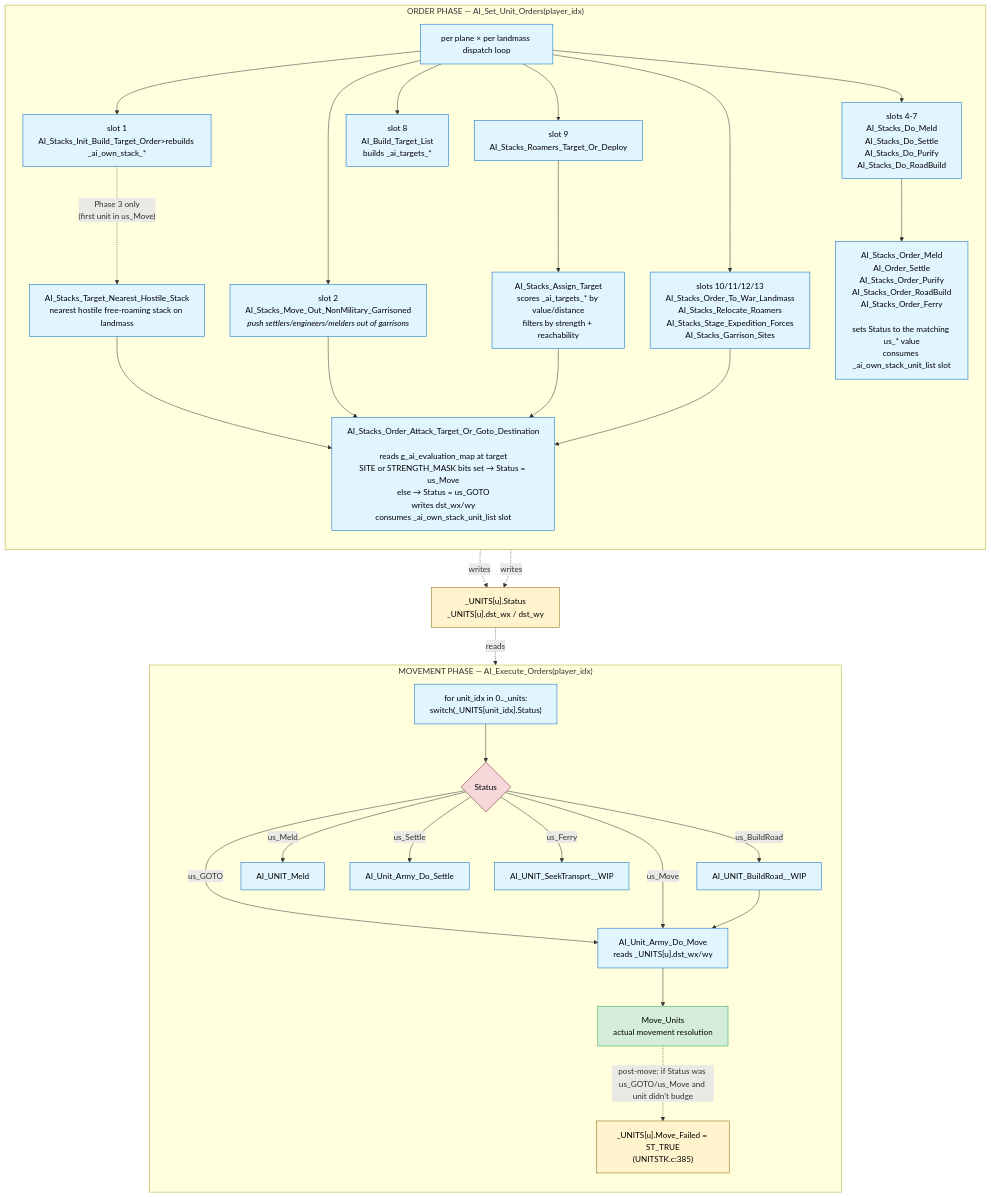
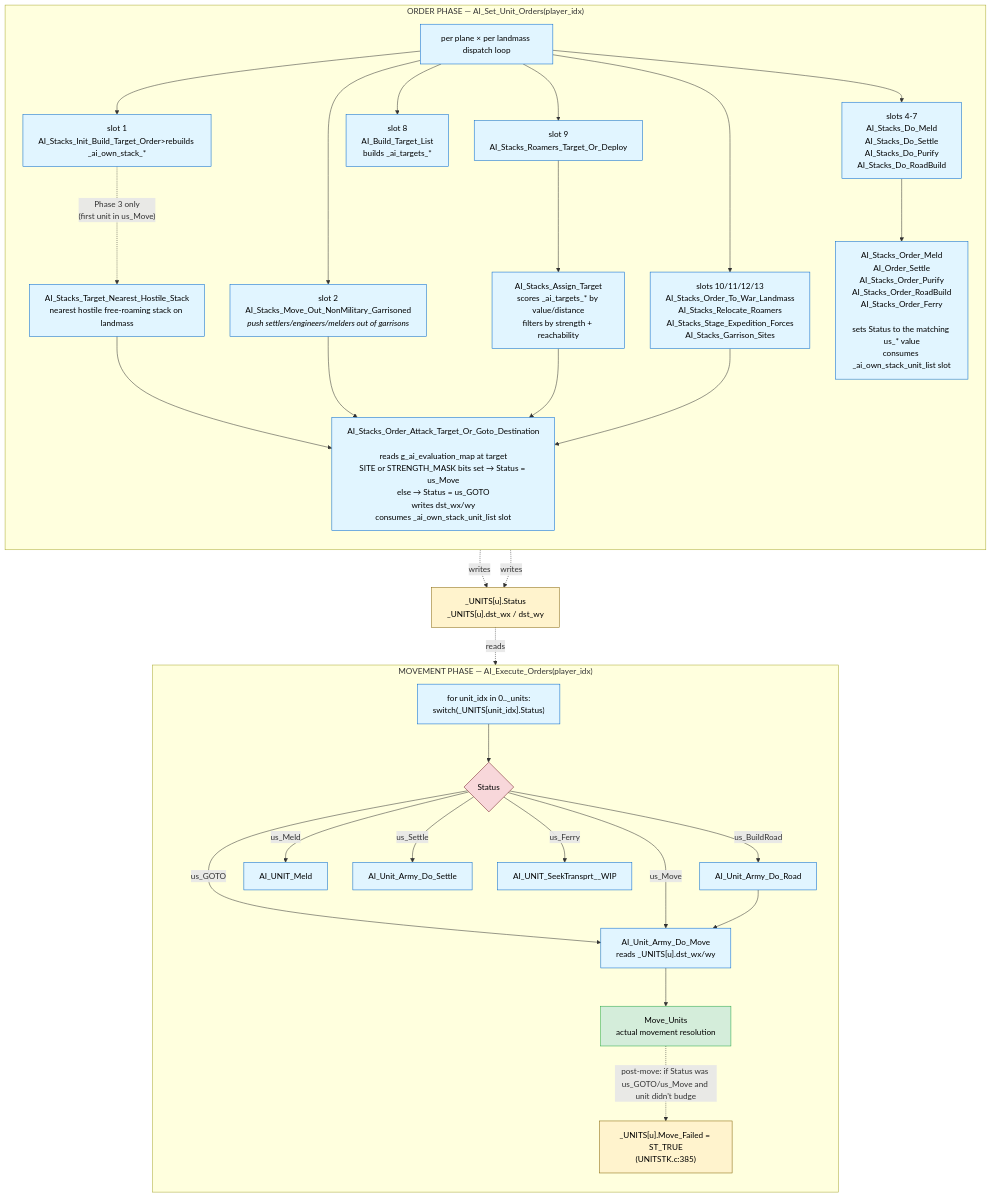
Before and after one commit to jbalcomb/ReMoM: the second of 3 diagrams in doc/ComputerPlayer/AI-Turn-Diagrams.md, drawn with Mermaid. The commit also changed 14 other files, not shown here.

Commit message:
done-done AI_Unit_Army_Do_Road()

````diff
--- a/doc/ComputerPlayer/AI-Turn-Diagrams.md
+++ b/doc/ComputerPlayer/AI-Turn-Diagrams.md
@@ -39,56 +39,56 @@
 ```mermaid
 flowchart TD
     classDef phase fill:#f5f5f5,stroke:#666,stroke-width:2px,color:#000
     classDef func fill:#e1f5ff,stroke:#0066cc,color:#000
     classDef state fill:#fff3cd,stroke:#856404,color:#000
     classDef terminal fill:#d4edda,stroke:#28a745,color:#000
     classDef gate fill:#f8d7da,stroke:#721c24,color:#000
 
     subgraph PhaseOrders["ORDER PHASE — AI_Set_Unit_Orders(player_idx)"]
         direction TB
         Dispatch["per plane × per landmass dispatch loop"]:::func
 
         Dispatch --> Slot1["slot 1<br/>AI_Stacks_Init_Build_Target_Order>rebuilds _ai_own_stack_*</i>"]:::func
         Dispatch --> Slot2["slot 2<br/>AI_Stacks_Move_Out_NonMilitary_Garrisoned<br/><i>push settlers/engineers/melders out of garrisons</i>"]:::func
         Dispatch --> Slots4_7["slots 4-7<br/>AI_Stacks_Do_Meld<br/>AI_Stacks_Do_Settle<br/>AI_Stacks_Do_Purify<br/>AI_Stacks_Do_RoadBuild"]:::func
         Dispatch --> Slot8["slot 8<br/>AI_Build_Target_List<br/>builds _ai_targets_*"]:::func
         Dispatch --> Slot9["slot 9<br/>AI_Stacks_Roamers_Target_Or_Deploy"]:::func
         Dispatch --> SlotsRally["slots 10/11/12/13<br/>AI_Stacks_Order_To_War_Landmass<br/>AI_Stacks_Relocate_Roamers<br/>AI_Stacks_Stage_Expedition_Forces<br/>AI_Stacks_Garrison_Sites"]:::func
 
         Slot1 -. "Phase 3 only<br/>(first unit in us_Move)" .-> FindNearest["AI_Stacks_Target_Nearest_Hostile_Stack<br/>nearest hostile free-roaming stack on landmass"]:::func
         FindNearest --> SetTgt
 
         Slot2 --> SetTgt
         Slot9 --> AssignTgt["AI_Stacks_Assign_Target<br/>scores _ai_targets_* by value/distance<br/>filters by strength + reachability"]:::func
         AssignTgt --> SetTgt
         SlotsRally --> SetTgt
 
         SetTgt["AI_Stacks_Order_Attack_Target_Or_Goto_Destination<br/><br/>reads g_ai_evaluation_map at target<br/>SITE or STRENGTH_MASK bits set → Status = us_Move<br/>else → Status = us_GOTO<br/>writes dst_wx/wy<br/>consumes _ai_own_stack_unit_list slot"]:::func
 
         Slots4_7 --> OrderXxx["AI_Stacks_Order_Meld<br/>AI_Order_Settle<br/>AI_Stacks_Order_Purify<br/>AI_Stacks_Order_RoadBuild<br/>AI_Stacks_Order_Ferry<br/><br/>sets Status to the matching us_* value<br/>consumes _ai_own_stack_unit_list slot"]:::func
     end
 
     SetTgt -. "writes" .-> UnitFields
     OrderXxx -. "writes" .-> UnitFields
 
     UnitFields["_UNITS[u].Status<br/>_UNITS[u].dst_wx / dst_wy"]:::state
 
     subgraph PhaseMove["MOVEMENT PHASE — AI_Execute_Orders(player_idx)"]
         direction TB
         MoveLoop["for unit_idx in 0.._units:<br/>switch(_UNITS[unit_idx].Status)"]:::func
         MoveLoop --> StatusGate{Status}:::gate
         StatusGate -- "us_GOTO" --> UnitMove
         StatusGate -- "us_Move" --> UnitMove
-        StatusGate -- "us_BuildRoad" --> BuildRoad["AI_UNIT_BuildRoad__WIP"]:::func
+        StatusGate -- "us_BuildRoad" --> BuildRoad["AI_Unit_Army_Do_Road"]:::func
         BuildRoad --> UnitMove
         StatusGate -- "us_Meld" --> UnitMeld["AI_UNIT_Meld"]:::func
         StatusGate -- "us_Settle" --> UnitSettle["AI_Unit_Army_Do_Settle"]:::func
         StatusGate -- "us_Ferry" --> UnitSeek["AI_UNIT_SeekTransprt__WIP"]:::func
 
         UnitMove["AI_Unit_Army_Do_Move<br/>reads _UNITS[u].dst_wx/wy"]:::func --> MoveUnits["Move_Units<br/>actual movement resolution"]:::terminal
 
         MoveUnits -. "post-move: if Status was us_GOTO/us_Move and unit didn't budge" .-> MoveFailed["_UNITS[u].Move_Failed = ST_TRUE<br/>(UNITSTK.c:385)"]:::state
     end
 
     UnitFields -. "reads" .-> MoveLoop
 ```
````
